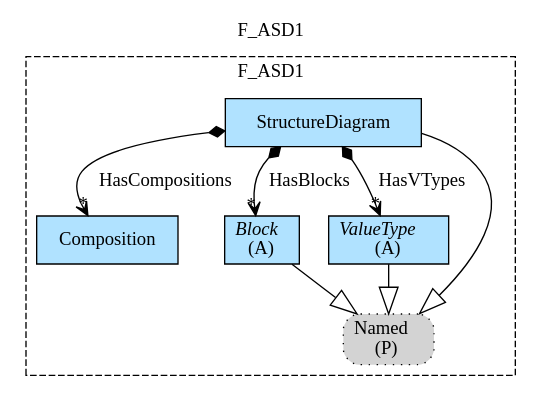
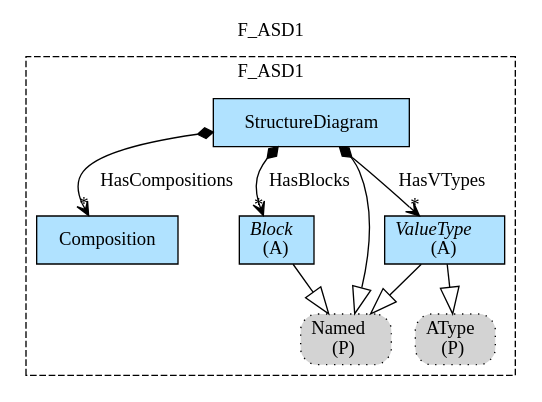
Before and after one commit to namalio/Fragmenta: the diagram in Haskell/IntoSysML/MM/img/F_ASD1.gv, drawn with Graphviz. The commit also changed 129 other files, not shown here.

```diff
--- a/Haskell/IntoSysML/MM/img/F_ASD1.gv
+++ b/Haskell/IntoSysML/MM/img/F_ASD1.gv
@@ -1,18 +1,21 @@
 digraph {graph[label=F_ASD1,labelloc=tl,labelfontsize=12];
 subgraph cluster_F_ASD1{style=dashed;label=F_ASD1;
 "Composition"[shape=record,fillcolor=lightskyblue1,style = filled,label="Composition"];
 "StructureDiagram"[shape=record,fillcolor=lightskyblue1,style = filled,label="StructureDiagram"];
 "Block"[shape=record,fillcolor=lightskyblue1,style = filled,label=<{<I>Block</I><br/>(A)}>];
+"PNamed"[shape=box,fillcolor=lightgray,style ="rounded,filled,dotted",label=<Named<br/>(P)>];
 "ValueType"[shape=record,fillcolor=lightskyblue1,style = filled,label=<{<I>ValueType</I><br/>(A)}>];
-"PNamed"[shape=box,fillcolor=lightgray,style ="rounded,filled,dotted",label=<Named<br/>(P)>];
+"PAType"[shape=box,fillcolor=lightgray,style ="rounded,filled,dotted",label=<AType<br/>(P)>];
 
 "StructureDiagram"->"Block"[label="HasBlocks",arrowhead=vee,arrowtail=diamond,dir=both,headlabel="*"];
 "StructureDiagram"->"ValueType"[label="HasVTypes",arrowhead=vee,arrowtail=diamond,dir=both,headlabel="*"];
 "StructureDiagram"->"Composition"[label="HasCompositions",arrowhead=vee,arrowtail=diamond,dir=both,headlabel="*"];
 "StructureDiagram"->"PNamed"[arrowhead=onormal,arrowsize=2.0];
 "Block"->"PNamed"[arrowhead=onormal,arrowsize=2.0];
 "ValueType"->"PNamed"[arrowhead=onormal,arrowsize=2.0];
+"ValueType"->"PAType"[arrowhead=onormal,arrowsize=2.0];
 
 }
 
+
 }
```
